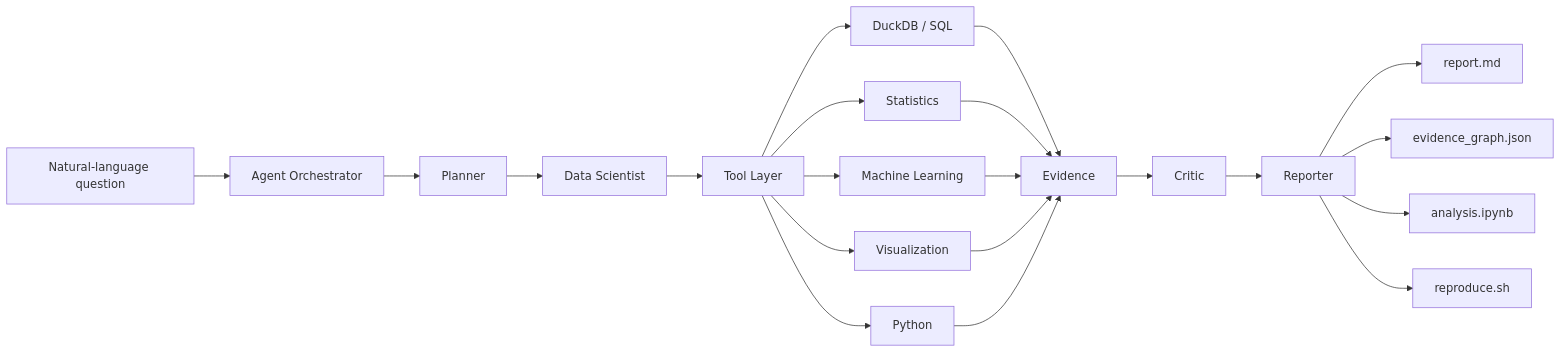
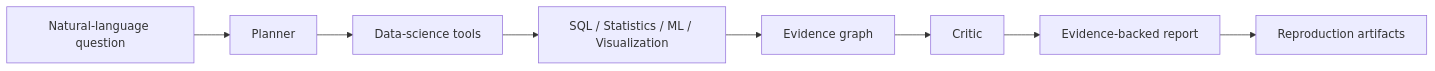
One commit to Jackxiaozhiren/data-science-agent changed the diagram in README.md. Above: the diagram before and after it, drawn with Mermaid. The commit also changed other lines of this file, not shown here.

````diff
--- a/README.md
+++ b/README.md
@@ -216,28 +217,10 @@
 ```mermaid
 flowchart LR
-    A["Natural-language question"] --> B["Agent Orchestrator"]
-
-    B --> C["Planner"]
-    C --> D["Data Scientist"]
-    D --> E["Tool Layer"]
-
-    E --> F["DuckDB / SQL"]
-    E --> G["Statistics"]
-    E --> H["Machine Learning"]
-    E --> I["Visualization"]
-    E --> J["Python"]
-
-    F --> K["Evidence"]
-    G --> K
-    H --> K
-    I --> K
-    J --> K
-
-    K --> L["Critic"]
-    L --> M["Reporter"]
-
-    M --> N["report.md"]
-    M --> O["evidence_graph.json"]
-    M --> P["analysis.ipynb"]
-    M --> Q["reproduce.sh"]
+    A["Natural-language question"] --> B["Planner"]
+    B --> C["Data-science tools"]
+    C --> D["SQL / Statistics / ML / Visualization"]
+    D --> E["Evidence graph"]
+    E --> F["Critic"]
+    F --> G["Evidence-backed report"]
+    G --> H["Reproduction artifacts"]
 ```
````
